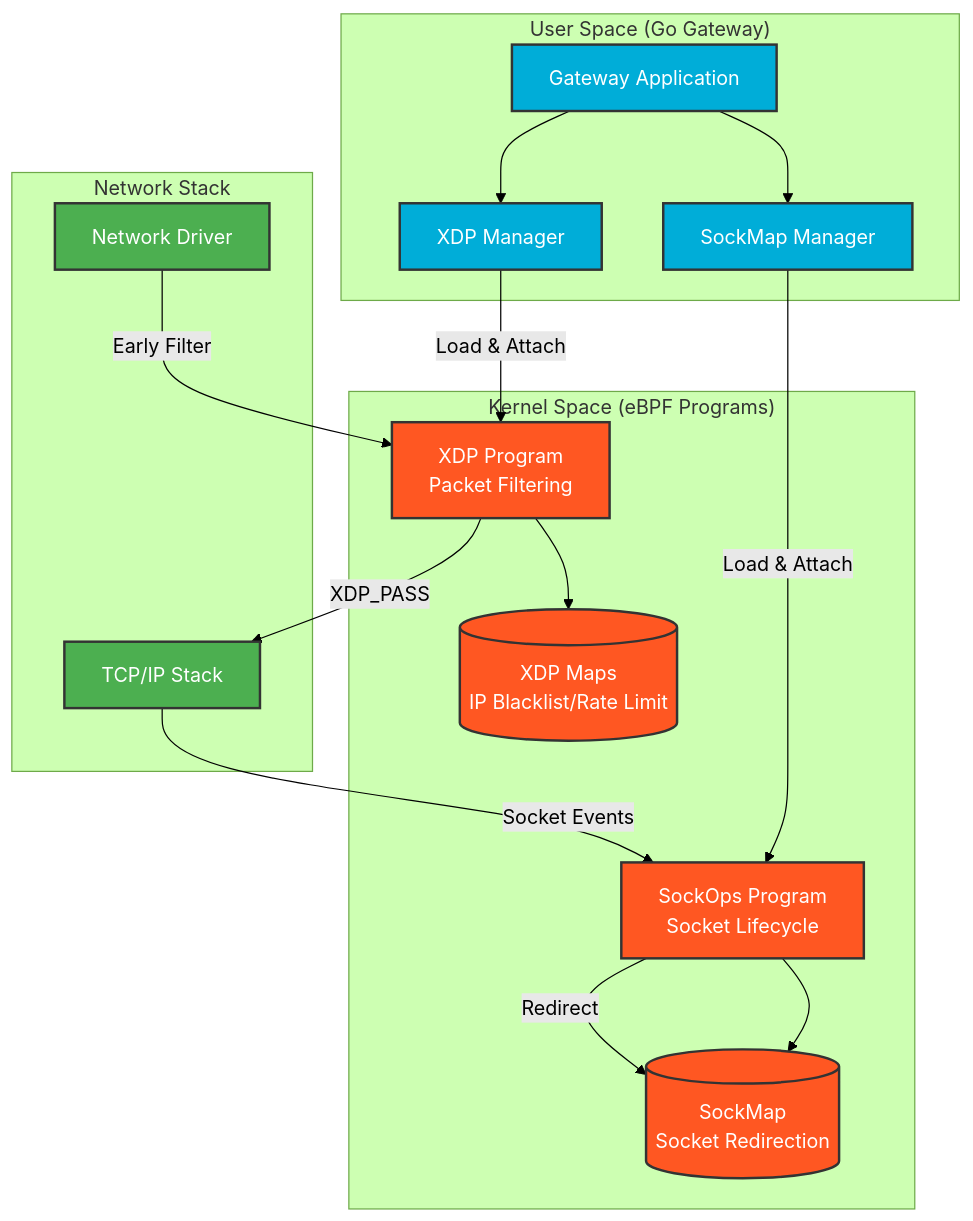
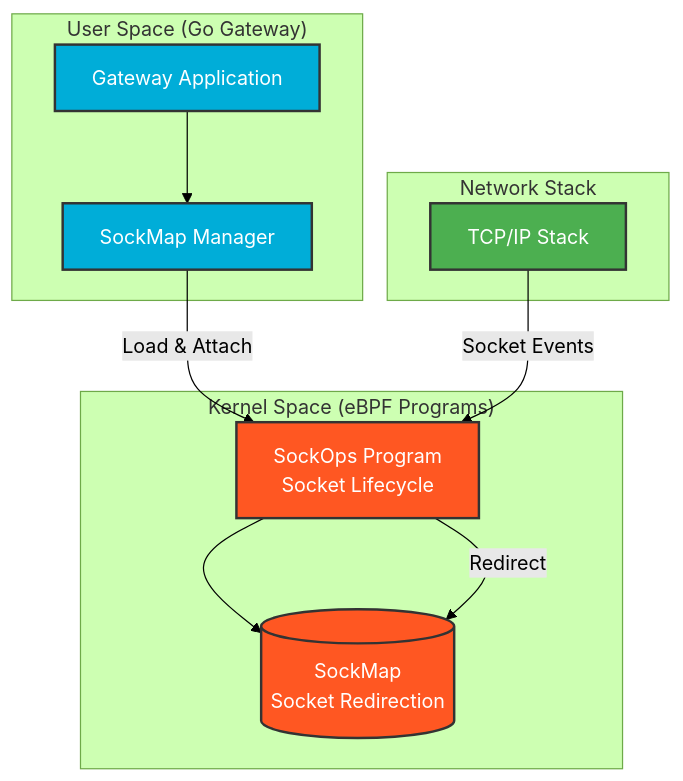
Before and after one commit to SkynetNext/unified-access-gateway: the second of 5 diagrams in docs/architecture.md, drawn with Mermaid (forest theme). The commit also changed other lines of this file and 7 other files, not shown here.

````diff
--- a/docs/architecture.md
+++ b/docs/architecture.md
@@ -141,40 +141,30 @@
 ```mermaid
 graph TB
     subgraph "User Space (Go Gateway)"
         App[Gateway Application]
         SockMapMgr[SockMap Manager]
-        XDPMgr[XDP Manager]
     end
     
     subgraph "Kernel Space (eBPF Programs)"
         SockOps[SockOps Program<br>Socket Lifecycle]
         SockMap[(SockMap<br>Socket Redirection)]
-        XDPProg[XDP Program<br>Packet Filtering]
-        XDPMap[(XDP Maps<br>IP Blacklist/Rate Limit)]
     end
     
     subgraph "Network Stack"
-        Driver[Network Driver]
         TCPIP[TCP/IP Stack]
     end
     
     App --> SockMapMgr
-    App --> XDPMgr
     SockMapMgr -->|Load & Attach| SockOps
     SockOps --> SockMap
-    XDPMgr -->|Load & Attach| XDPProg
-    XDPProg --> XDPMap
-    
-    Driver -->|Early Filter| XDPProg
-    XDPProg -->|XDP_PASS| TCPIP
     TCPIP -->|Socket Events| SockOps
     SockOps -->|Redirect| SockMap
     
     classDef userspace fill:#00ADD8,stroke:#333,stroke-width:2px,color:#fff;
     classDef kernel fill:#FF5722,stroke:#333,stroke-width:2px,color:#fff;
     classDef network fill:#4CAF50,stroke:#333,stroke-width:2px,color:#fff;
     
-    class App,SockMapMgr,XDPMgr userspace;
-    class SockOps,SockMap,XDPProg,XDPMap kernel;
-    class Driver,TCPIP network;
+    class App,SockMapMgr userspace;
+    class SockOps,SockMap kernel;
+    class TCPIP network;
 ```
````
